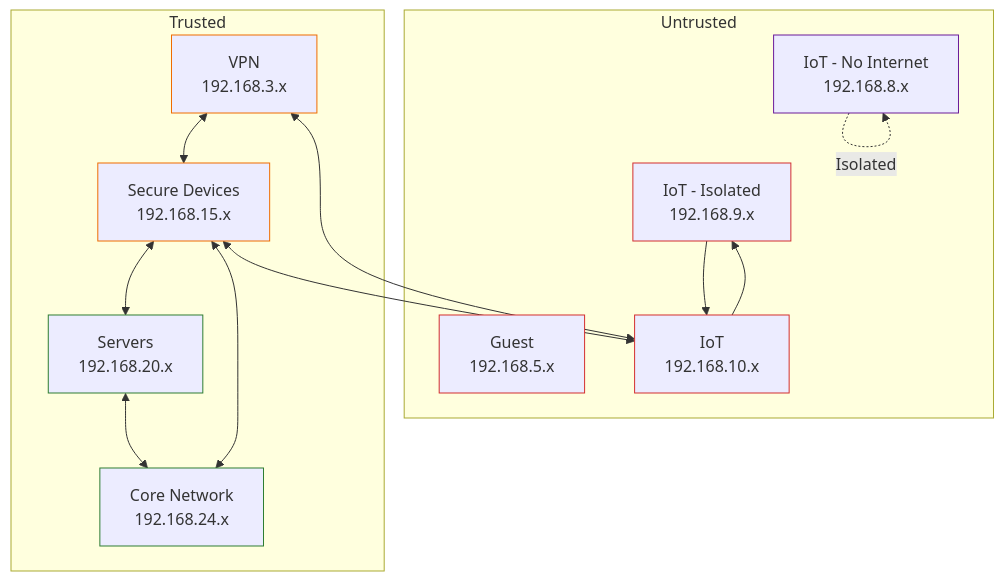
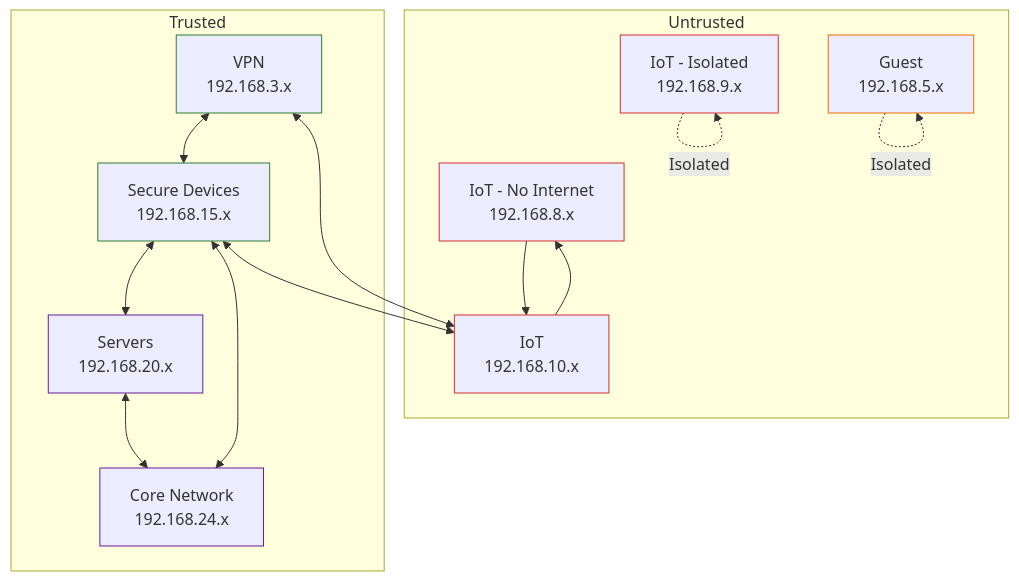
One commit to jaredfiorali/infrastructure changed the fourth of 5 diagrams in README.md. Above: the diagram before and after it, drawn with Mermaid.

Commit message:
Colours for VLAN diagram

````diff
--- a/README.md
+++ b/README.md
@@ -369,37 +369,35 @@
 ```mermaid
 graph TD
     %% Untrusted VLANs
     subgraph "Untrusted"
-        B[Guest<br>192.168.5.x]:::vlan_cipa
-        D[IoT - Isolated<br>192.168.9.x]:::vlan_cipa
-        C[IoT - No Internet<br>192.168.8.x]:::vlan_isolated
-        E[IoT<br>192.168.10.x]:::vlan_cipa
+        D[IoT - Isolated<br>192.168.9.x]:::iot
+        C[IoT - No Internet<br>192.168.8.x]:::iot
+        E[IoT<br>192.168.10.x]:::iot
+        B[Guest<br>192.168.5.x]:::guest
     end
 
     %% Trusted VLANs
     subgraph "Trusted"
-        A[VPN<br>192.168.3.x]:::vlan_adblock
-        F[Secure Devices<br>192.168.15.x]:::vlan_adblock
-        G[Servers<br>192.168.20.x]:::vlan_unfiltered
-        H[Core Network<br>192.168.24.x]:::vlan_unfiltered
+        A[VPN<br>192.168.3.x]:::secure_devices
+        F[Secure Devices<br>192.168.15.x]:::secure_devices
+        G[Servers<br>192.168.20.x]:::trusted
+        H[Core Network<br>192.168.24.x]:::trusted
     end
 
     %% Allowed communication paths
     A <--> F
     F <--> G
     G <--> H
     F <--> H
     A <--> E
     F <--> E
-    D --> E
-    E --> D
-    C -.->|Isolated| C
+    C --> E
+    E --> C
+    B -.->|Isolated| B
+    D -.->|Isolated| D
 
-    %% Optional: clarify what arrows mean
-    %% Note: "<-->" means bidirectional communication allowed
-
-classDef vlan_cipa stroke:#d32f2f
-classDef vlan_adblock stroke:#ef6c00
-classDef vlan_unfiltered stroke:#2e7d32
-classDef vlan_isolated stroke:#6a1b9a
+classDef iot stroke:#d32f2f
+classDef guest stroke:#ef6c00
+classDef secure_devices stroke:#2e7d32
+classDef trusted stroke:#6a1b9a
 ```
````
